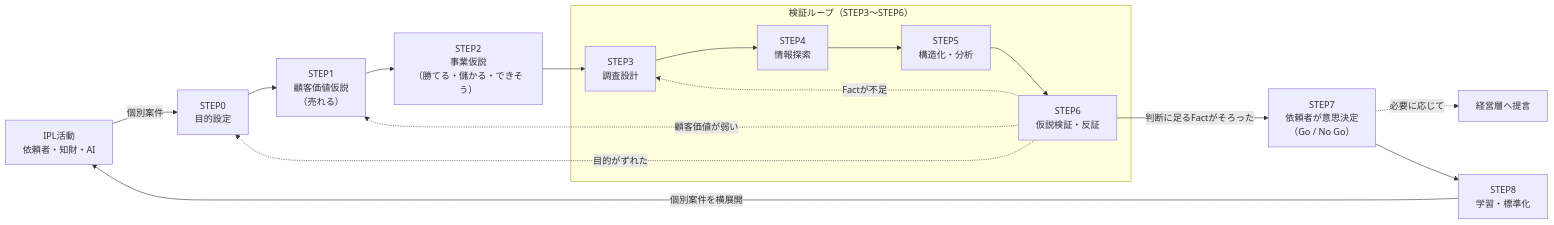
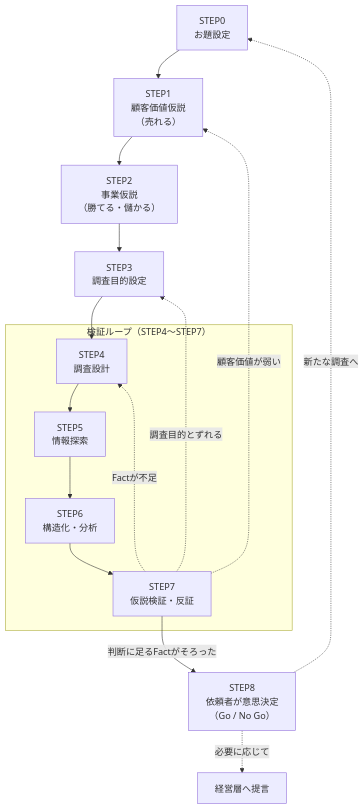
Before and after one commit to utpm6342836-cloud/IPL: the diagram in docs/01_全体像.md, drawn with Mermaid. The commit also changed other lines of this file and 61 other files, not shown here.

First line of the commit message:
標準フローを2026-11-13版のフロー図に合わせて v1.2 に組み替え

````diff
--- a/docs/01_全体像.md
+++ b/docs/01_全体像.md
@@ -7,17 +7,14 @@
 ```mermaid
-flowchart LR
-  A["IPL活動<br>依頼者・知財・AI"] -->|個別案件| S0["STEP0<br>目的設定"]
-  S0 --> S1["STEP1<br>顧客価値仮説<br>（売れる）"]
-  S1 --> S2["STEP2<br>事業仮説<br>（勝てる・儲かる・できそう）"]
-  S2 --> S3
-  subgraph L["検証ループ（STEP3〜STEP6）"]
-    S3["STEP3<br>調査設計"] --> S4["STEP4<br>情報探索"] --> S5["STEP5<br>構造化・分析"] --> S6["STEP6<br>仮説検証・反証"]
+flowchart TD
+  S0["STEP0<br>お題設定"] --> S1["STEP1<br>顧客価値仮説<br>（売れる）"] --> S2["STEP2<br>事業仮説<br>（勝てる・儲かる）"] --> S3["STEP3<br>調査目的設定"]
+  S3 --> S4
+  subgraph L["検証ループ（STEP4〜STEP7）"]
+    S4["STEP4<br>調査設計"] --> S5["STEP5<br>情報探索"] --> S6["STEP6<br>構造化・分析"] --> S7["STEP7<br>仮説検証・反証"]
   end
-  S6 -.->|Factが不足| S3
-  S6 -.->|顧客価値が弱い| S1
-  S6 -.->|目的がずれた| S0
-  S6 -->|判断に足るFactがそろった| S7["STEP7<br>依頼者が意思決定<br>（Go / No Go）"]
-  S7 -.->|必要に応じて| M["経営層へ提言"]
-  S7 --> S8["STEP8<br>学習・標準化"]
-  S8 -->|個別案件を横展開| A
+  S7 -.->|Factが不足| S4
+  S7 -.->|調査目的とずれる| S3
+  S7 -.->|顧客価値が弱い| S1
+  S7 -->|判断に足るFactがそろった| S8["STEP8<br>依頼者が意思決定<br>（Go / No Go）"]
+  S8 -.->|必要に応じて| M["経営層へ提言"]
+  S8 -.->|新たな調査へ| S0
 ```
````
